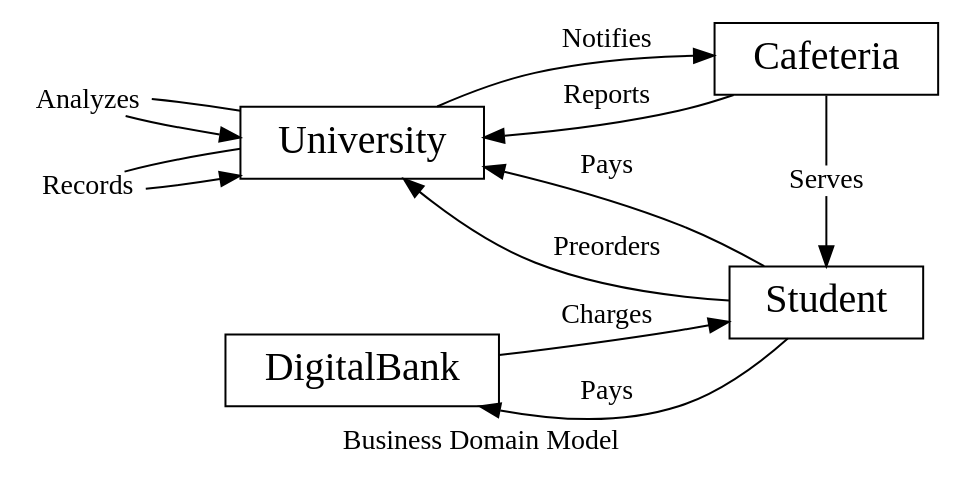
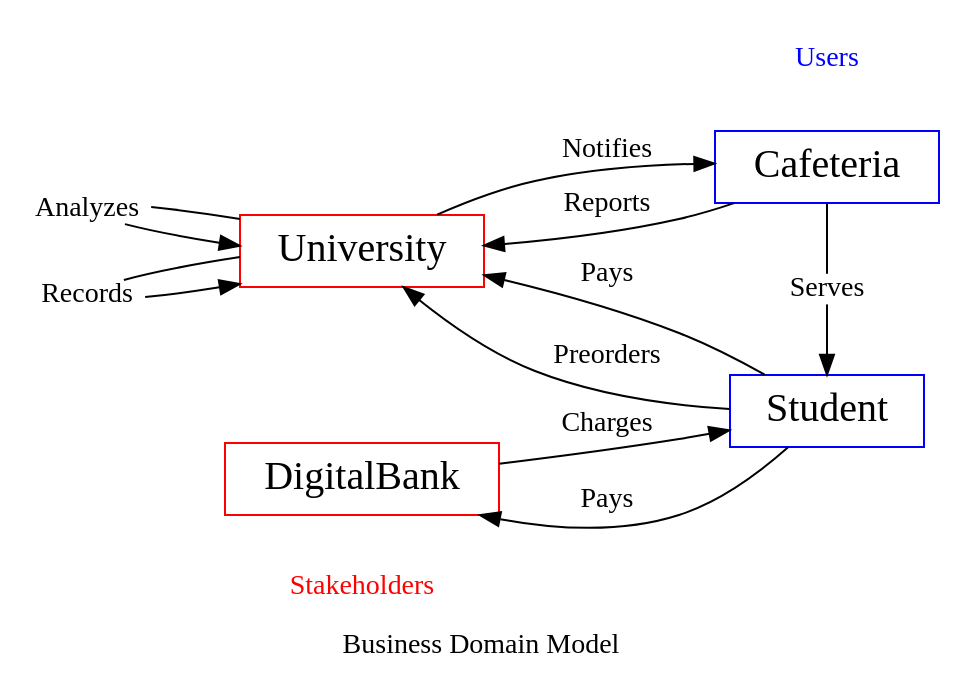
The diagram in ass1-revisited.org (gebrek/sod-rev), drawn with Graphviz before and after one commit. The commit also changed other lines of this file, not shown here.

```diff
--- a/ass1-revisited.org
+++ b/ass1-revisited.org
@@ -13,43 +13,46 @@
    #+BEGIN_SRC dot :file res/business_domain.png :tangle res/business_domain.dot
      digraph BznsDmn {
 	     label="Business Domain Model"
 	     rankdir=LR;
 	     newrank=true;
-	     node [fontsize= 20 shape=box]
-	     // Stakeholders
+
+	     node [fontsize=20 shape=box]
+
+	     node [color=red]
+	     Stakeholders [fontsize=14 fontcolor=red shape=plaintext];
 	     University;
 	     DigitalBank;
-	     // Users
+
+	     node [color=blue]
+	     Users [fontsize=14 fontcolor=blue shape=plaintext];
 	     Cafeteria;
 	     Student;
 
 	     edge [fontsize=14]
 	     University->Cafeteria	[label="Notifies"];
-
 	     Student->University	[label="Pays"];
 	     Student->DigitalBank	[label="Pays"];
 	     Student->University	[label="Preorders"];
 	     DigitalBank->Student	[label="Charges"];
-
-	     // Cafeteria->Student		[label="Serves"];
 	     Cafeteria->University 	[label="Reports"];
 
 	     // Proxy actions
 	     node [fontsize=14 shape=plaintext height=0 margin=0]
 	     Analyzes;
 	     Records;
 	     Serves;
 	     edge [dir=both arrowtail=none arrowhead=none]
 	     University->Records;
 	     University->Analyzes;
 	     Cafeteria->Serves;
 	     edge [arrowhead=normal arrowtail=none]
 	     Records->University;
 	     Analyzes->University;
 	     Serves->Student;
 
 	     {rank=min Analyzes, Records}
-	     {rank=same University, DigitalBank}
-	     {rank=same Student, Cafeteria, Serves}
+	     {rank=same Stakeholders, University, DigitalBank}
+	     {rank=same Users, Student, Cafeteria, Serves, Users}
+
      }
    #+END_SRC
```
